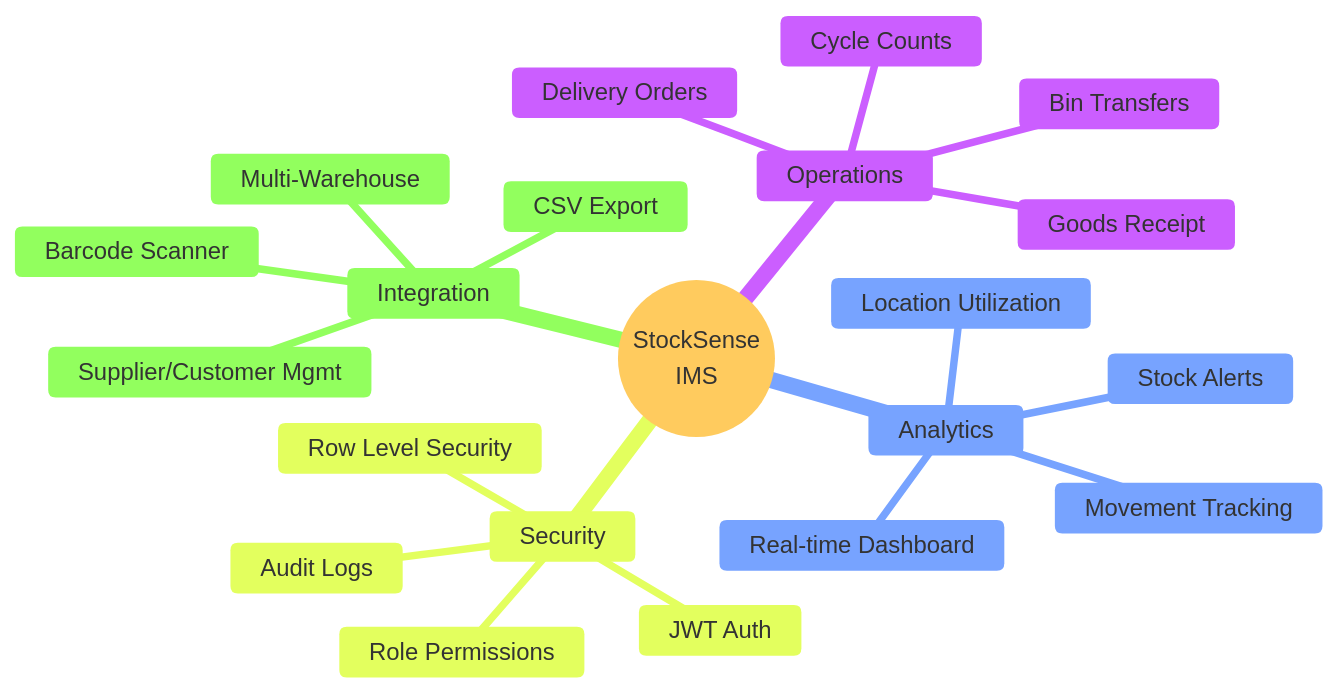
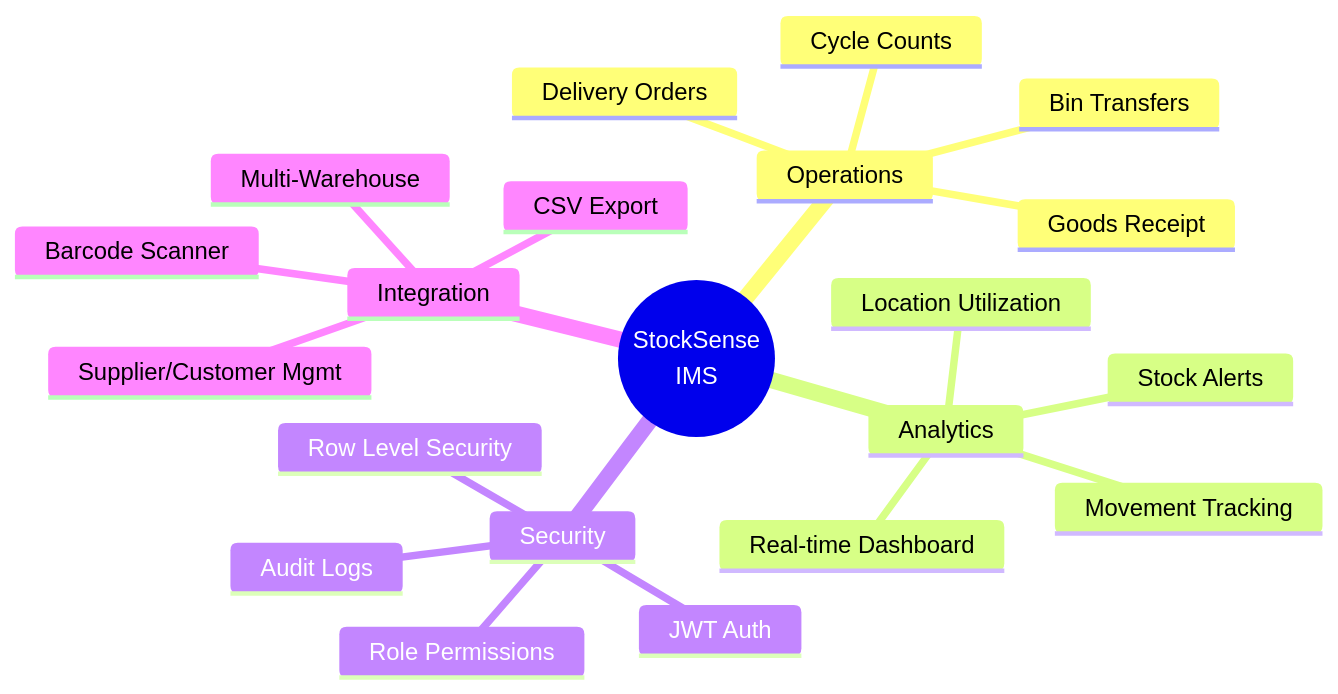
One commit to TheRaj71/Stocksenseodoo changed the first of 19 diagrams in README.md. Above: the diagram before and after it, drawn with Mermaid. The commit also changed other lines of this file, not shown here.

Commit message:
docs: fix README - remove git conflict markers and restore Mermaid diagrams

````diff
--- a/README.md
+++ b/README.md
@@ -38,25 +37,24 @@
 ```mermaid
-%%{init: {'theme':'base', 'themeVariables': {'fontSize':'16px'}}}%%
 mindmap
   root((StockSense<br/>IMS))
     Operations
       Goods Receipt
       Delivery Orders
       Bin Transfers
       Cycle Counts
     Analytics
       Real-time Dashboard
       Stock Alerts
       Movement Tracking
       Location Utilization
     Security
       JWT Auth
       Row Level Security
       Audit Logs
       Role Permissions
     Integration
       Barcode Scanner
       CSV Export
       Multi-Warehouse
       Supplier/Customer Mgmt
 ```
````
